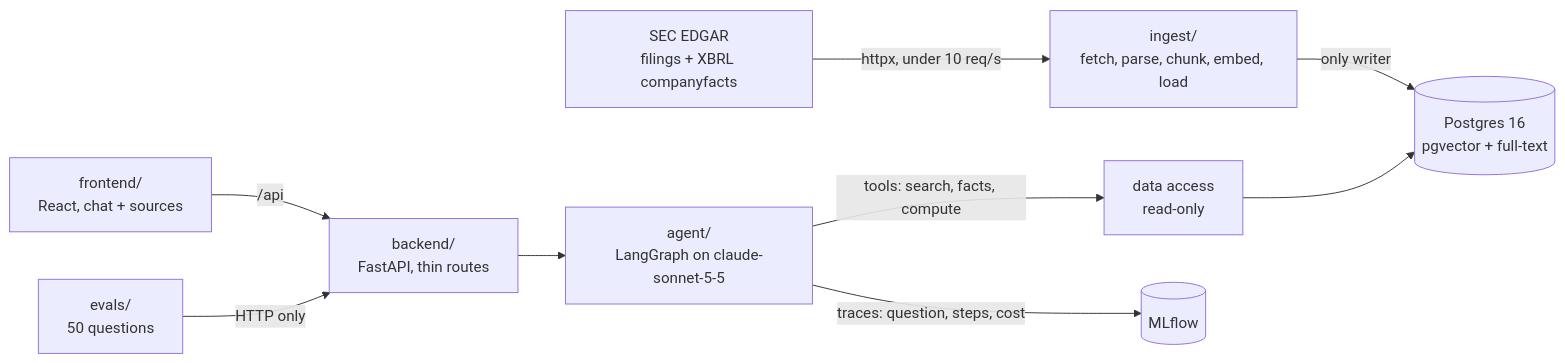
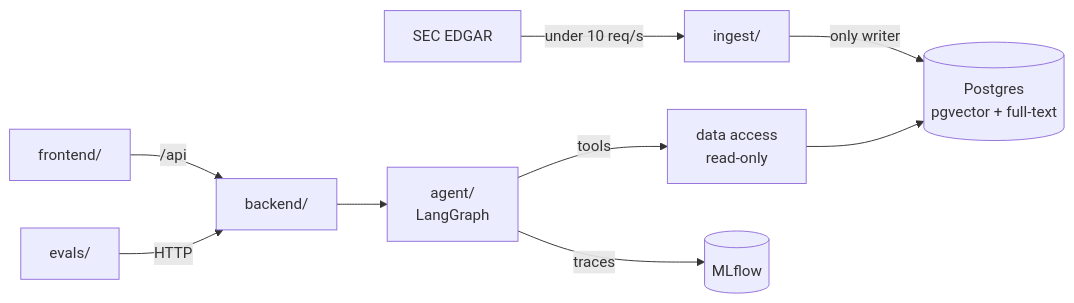
Before and after one commit to CraftedByMehathab/open-sec: the diagram in docs/PLAN.md, drawn with Mermaid. The commit also changed other lines of this file, not shown here.

````diff
--- a/docs/PLAN.md
+++ b/docs/PLAN.md
@@ -9,11 +7,10 @@
 ```mermaid
 flowchart LR
-    edgar["SEC EDGAR<br/>filings + XBRL companyfacts"] -- "httpx, under 10 req/s" --> ingest["ingest/<br/>fetch, parse, chunk, embed, load"]
-    ingest -- "only writer" --> db[("Postgres 16<br/>pgvector + full-text")]
-    ui["frontend/<br/>React, chat + sources"] -- "/api" --> backend["backend/<br/>FastAPI, thin routes"]
-    backend --> agent["agent/<br/>LangGraph on claude-sonnet-5-5"]
-    agent -- "tools: search, facts, compute" --> access["data access<br/>read-only"]
-    access --> db
-    agent -- "traces: question, steps, cost" --> mlflow[("MLflow")]
-    evals["evals/<br/>50 questions"] -- "HTTP only" --> backend
+    edgar["SEC EDGAR"] -- "under 10 req/s" --> ingest["ingest/"]
+    ingest -- "only writer" --> db[("Postgres<br/>pgvector + full-text")]
+    ui["frontend/"] -- "/api" --> backend["backend/"]
+    backend --> agent["agent/<br/>LangGraph"]
+    agent -- "tools" --> access["data access<br/>read-only"] --> db
+    agent -- "traces" --> mlflow[("MLflow")]
+    evals["evals/"] -- "HTTP" --> backend
 ```
````
